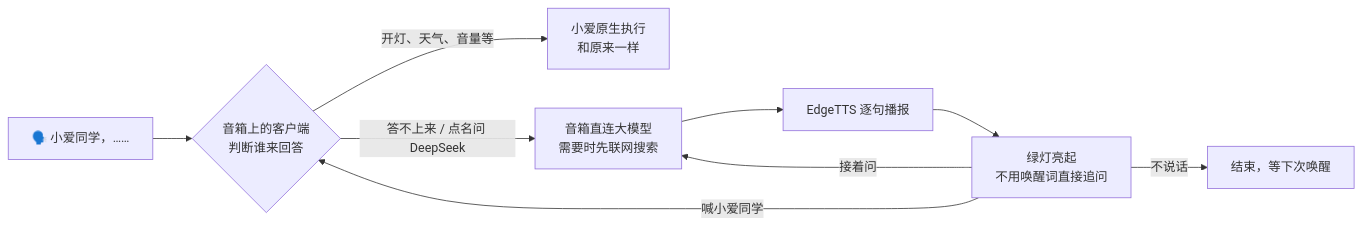
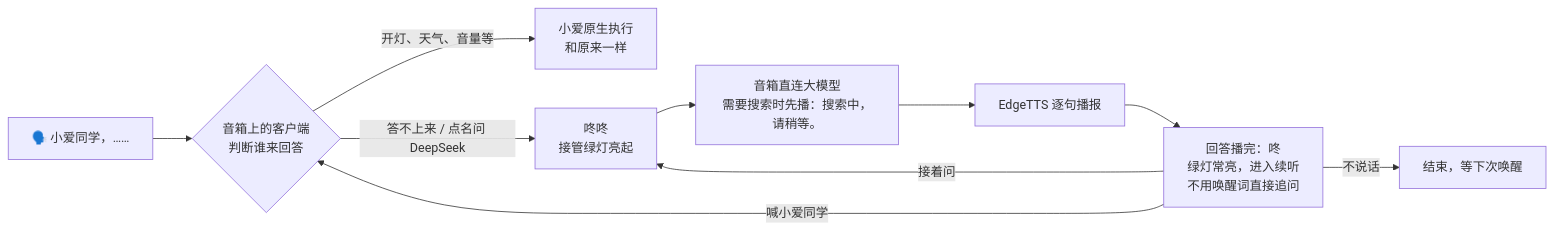
The diagram in README.md (open-speaker-llm/xiaomi_ai_llm), drawn with Mermaid before and after one commit. The commit also changed other lines of this file and 14 other files, not shown here.

````diff
--- a/README.md
+++ b/README.md
@@ -97,11 +102,12 @@
 ```mermaid
 flowchart LR
     A["🗣️ 小爱同学，……"] --> B{"音箱上的客户端<br/>判断谁来回答"}
     B -->|开灯、天气、音量等| C["小爱原生执行<br/>和原来一样"]
-    B -->|答不上来 / 点名问 DeepSeek| D["音箱直连大模型<br/>需要时先联网搜索"]
+    B -->|答不上来 / 点名问 DeepSeek| R["咚咚<br/>接管绿灯亮起"]
+    R --> D["音箱直连大模型<br/>需要搜索时先播：搜索中，请稍等。"]
     D --> E["EdgeTTS 逐句播报"]
-    E --> F["绿灯亮起<br/>不用唤醒词直接追问"]
-    F -->|接着问| D
+    E --> F["回答播完：咚<br/>绿灯常亮，进入续听<br/>不用唤醒词直接追问"]
+    F -->|接着问| R
     F -->|喊小爱同学| B
     F -->|不说话| G["结束，等下次唤醒"]
 ```
````
